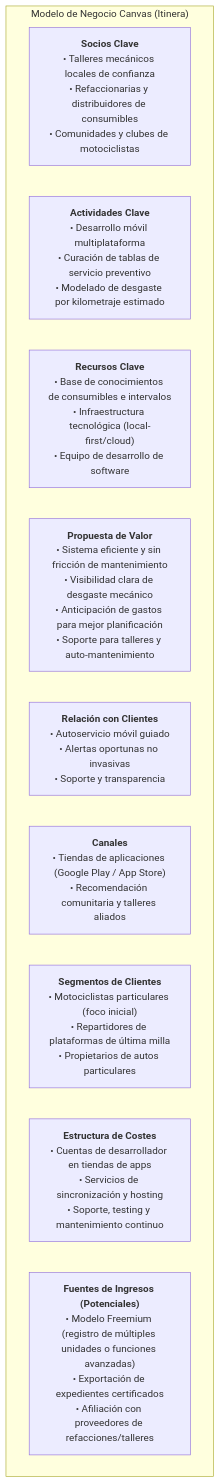
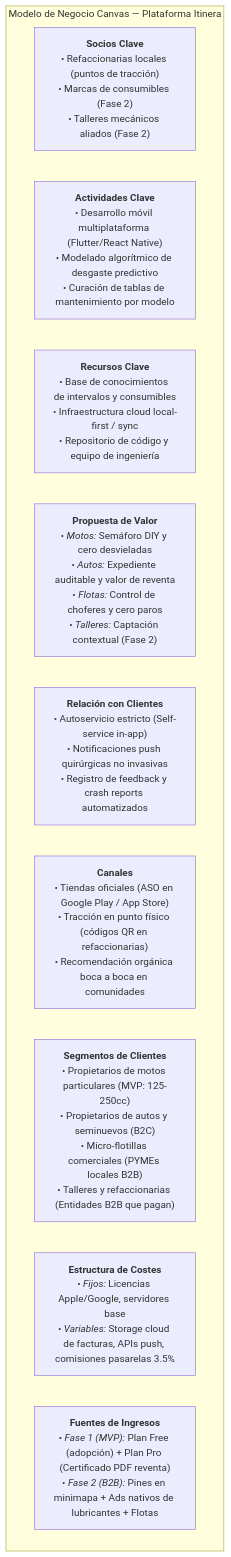
Before and after one commit to OGShawnLee/Itinera: the diagram in .routing/academic/SPECIFICATION.md, drawn with Mermaid. The commit also changed other lines of this file and 3 other files, not shown here.

````diff
--- a/.routing/academic/SPECIFICATION.md
+++ b/.routing/academic/SPECIFICATION.md
@@ -134,15 +163,15 @@
 ```mermaid
 flowchart TD
-    subgraph Negocio["Modelo de Negocio Canvas (Itinera)"]
+    subgraph Negocio["Modelo de Negocio Canvas — Plataforma Itinera"]
         direction LR
-        Socios["<b>Socios Clave</b><br/>• Talleres mecánicos locales de confianza<br/>• Refaccionarias y distribuidores de consumibles<br/>• Comunidades y clubes de motociclistas"]
-        Actividades["<b>Actividades Clave</b><br/>• Desarrollo móvil multiplataforma<br/>• Curación de tablas de servicio preventivo<br/>• Modelado de desgaste por kilometraje estimado"]
-        Recursos["<b>Recursos Clave</b><br/>• Base de conocimientos de consumibles e intervalos<br/>• Infraestructura tecnológica (local-first/cloud)<br/>• Equipo de desarrollo de software"]
-        Propuesta["<b>Propuesta de Valor</b><br/>• Sistema eficiente y sin fricción de mantenimiento<br/>• Visibilidad clara de desgaste mecánico<br/>• Anticipación de gastos para mejor planificación<br/>• Soporte para talleres y auto-mantenimiento"]
-        Relacion["<b>Relación con Clientes</b><br/>• Autoservicio móvil guiado<br/>• Alertas oportunas no invasivas<br/>• Soporte y transparencia"]
-        Canales["<b>Canales</b><br/>• Tiendas de aplicaciones (Google Play / App Store)<br/>• Recomendación comunitaria y talleres aliados"]
-        Segmentos["<b>Segmentos de Clientes</b><br/>• Motociclistas particulares (foco inicial)<br/>• Repartidores de plataformas de última milla<br/>• Propietarios de autos particulares"]
-        Costos["<b>Estructura de Costes</b><br/>• Cuentas de desarrollador en tiendas de apps<br/>• Servicios de sincronización y hosting<br/>• Soporte, testing y mantenimiento continuo"]
-        Ingresos["<b>Fuentes de Ingresos (Potenciales)</b><br/>• Modelo Freemium (registro de múltiples unidades o funciones avanzadas)<br/>• Exportación de expedientes certificados<br/>• Afiliación con proveedores de refacciones/talleres"]
+        Socios["<b>Socios Clave</b><br/>• Refaccionarias locales (puntos de tracción)<br/>• Marcas de consumibles (Fase 2)<br/>• Talleres mecánicos aliados (Fase 2)"]
+        Actividades["<b>Actividades Clave</b><br/>• Desarrollo móvil multiplataforma (Flutter/React Native)<br/>• Modelado algorítmico de desgaste predictivo<br/>• Curación de tablas de mantenimiento por modelo"]
+        Recursos["<b>Recursos Clave</b><br/>• Base de conocimientos de intervalos y consumibles<br/>• Infraestructura cloud local-first / sync<br/>• Repositorio de código y equipo de ingeniería"]
+        Propuesta["<b>Propuesta de Valor</b><br/>• <i>Motos:</i> Semáforo DIY y cero desvieladas<br/>• <i>Autos:</i> Expediente auditable y valor de reventa<br/>• <i>Flotas:</i> Control de choferes y cero paros<br/>• <i>Talleres:</i> Captación contextual (Fase 2)"]
+        Relacion["<b>Relación con Clientes</b><br/>• Autoservicio estricto (Self-service in-app)<br/>• Notificaciones push quirúrgicas no invasivas<br/>• Registro de feedback y crash reports automatizados"]
+        Canales["<b>Canales</b><br/>• Tiendas oficiales (ASO en Google Play / App Store)<br/>• Tracción en punto físico (códigos QR en refaccionarias)<br/>• Recomendación orgánica boca a boca en comunidades"]
+        Segmentos["<b>Segmentos de Clientes</b><br/>• Propietarios de motos particulares (MVP: 125-250cc)<br/>• Propietarios de autos y seminuevos (B2C)<br/>• Micro-flotillas comerciales (PYMEs locales B2B)<br/>• Talleres y refaccionarias (Entidades B2B que pagan)"]
+        Costos["<b>Estructura de Costes</b><br/>• <i>Fijos:</i> Licencias Apple/Google, servidores base<br/>• <i>Variables:</i> Storage cloud de facturas, APIs push, comisiones pasarelas 3.5%"]
+        Ingresos["<b>Fuentes de Ingresos</b><br/>• <i>Fase 1 (MVP):</i> Plan Free (adopción) + Plan Pro (Certificado PDF reventa)<br/>• <i>Fase 2 (B2B):</i> Pines en minimapa + Ads nativos de lubricantes + Flotas"]
     end
 ```
````
